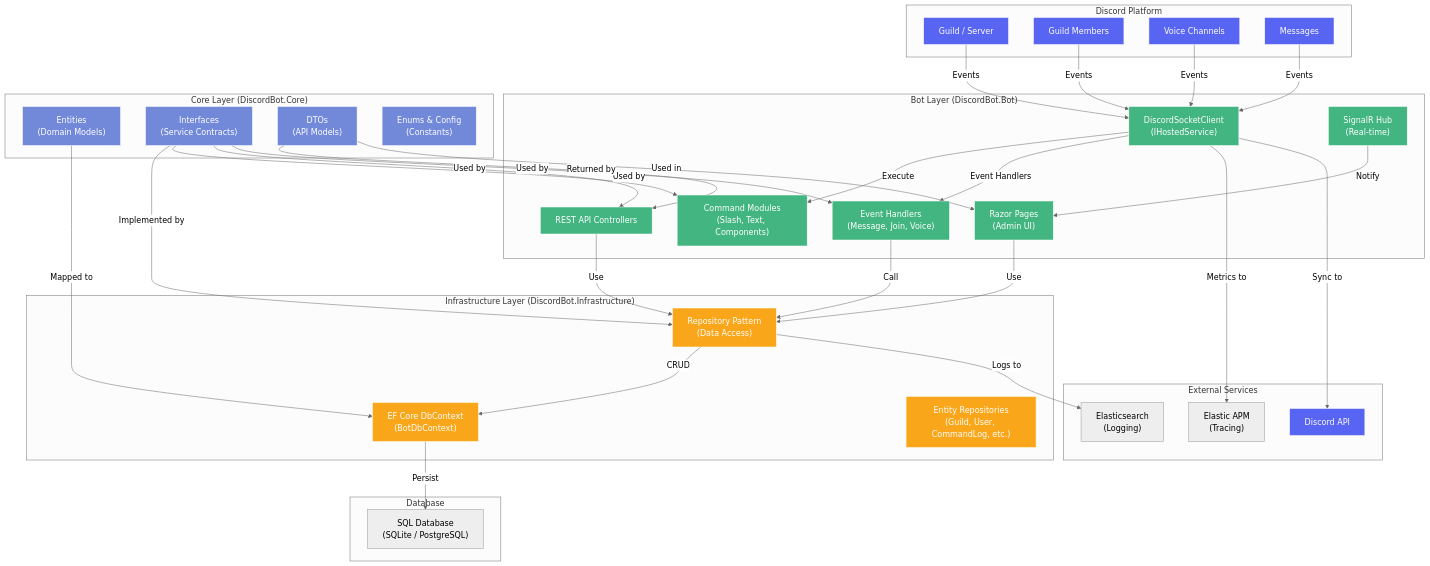
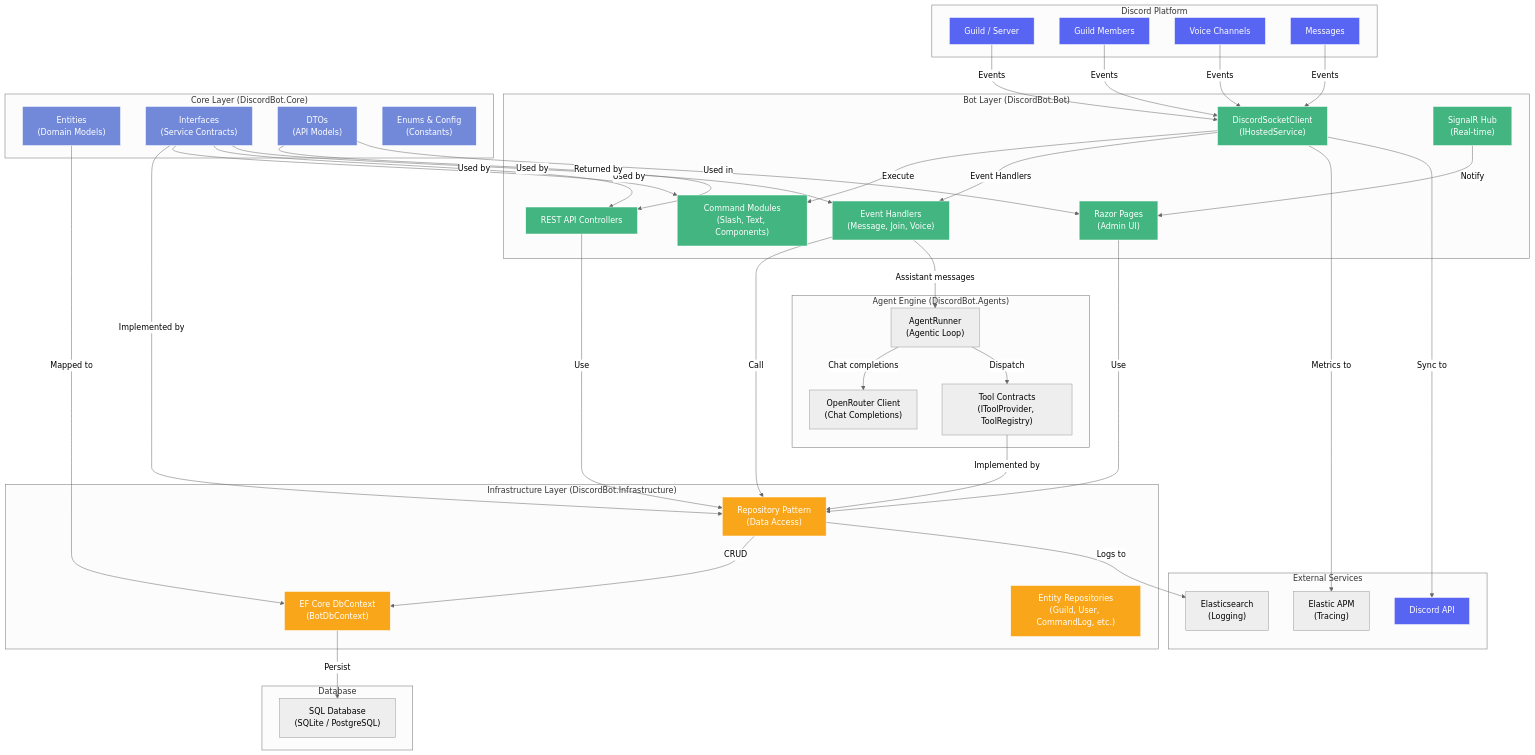
The diagram in docs/architecture/system-overview.md (cpike5/discordbot), drawn with Mermaid (neutral theme) before and after one commit. The commit also changed other lines of this file and 161 other files, not shown here.

First line of the commit message:
refactor(assistant): extract the agent engine into DiscordBot.Agents

```diff
--- a/docs/architecture/system-overview.md
+++ b/docs/architecture/system-overview.md
@@ -33,6 +33,12 @@
         REPO["Repository Pattern<br/>(Data Access)"]
         DB["EF Core DbContext<br/>(BotDbContext)"]
         REPOS["Entity Repositories<br/>(Guild, User, CommandLog, etc.)"]
+    end
+
+    subgraph "Agent Engine (DiscordBot.Agents)"
+        LOOP["AgentRunner<br/>(Agentic Loop)"]
+        TOOLS["Tool Contracts<br/>(IToolProvider, ToolRegistry)"]
+        LLM["OpenRouter Client<br/>(Chat Completions)"]
     end
 
     subgraph "Core Layer (DiscordBot.Core)"
@@ -79,6 +85,11 @@
 
     DB -->|Persist| SQL
 
+    HANDLERS -->|Assistant messages| LOOP
+    LOOP -->|Chat completions| LLM
+    LOOP -->|Dispatch| TOOLS
+    TOOLS -->|Implemented by| REPO
+
     style GUILD fill:#5865F2,stroke:#fff,color:#fff
     style USER fill:#5865F2,stroke:#fff,color:#fff
     style VOICE fill:#5865F2,stroke:#fff,color:#fff
```
